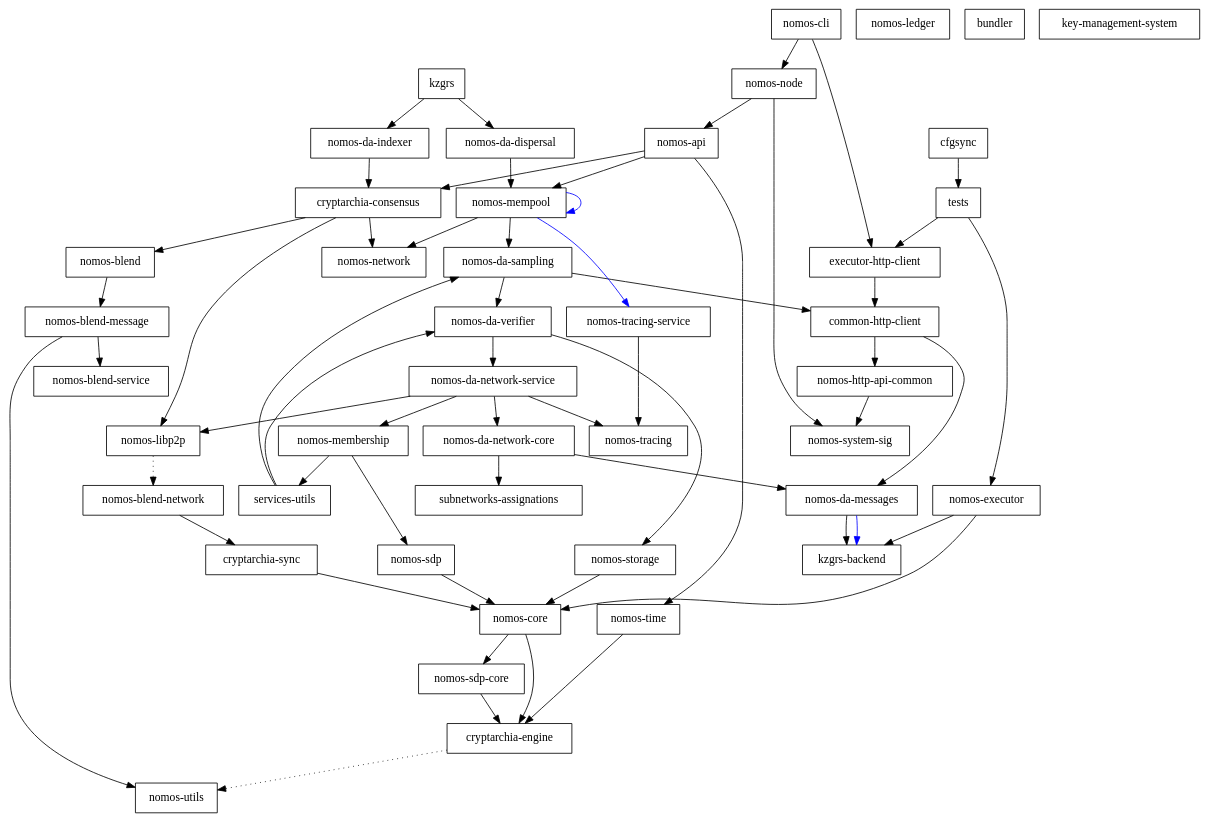
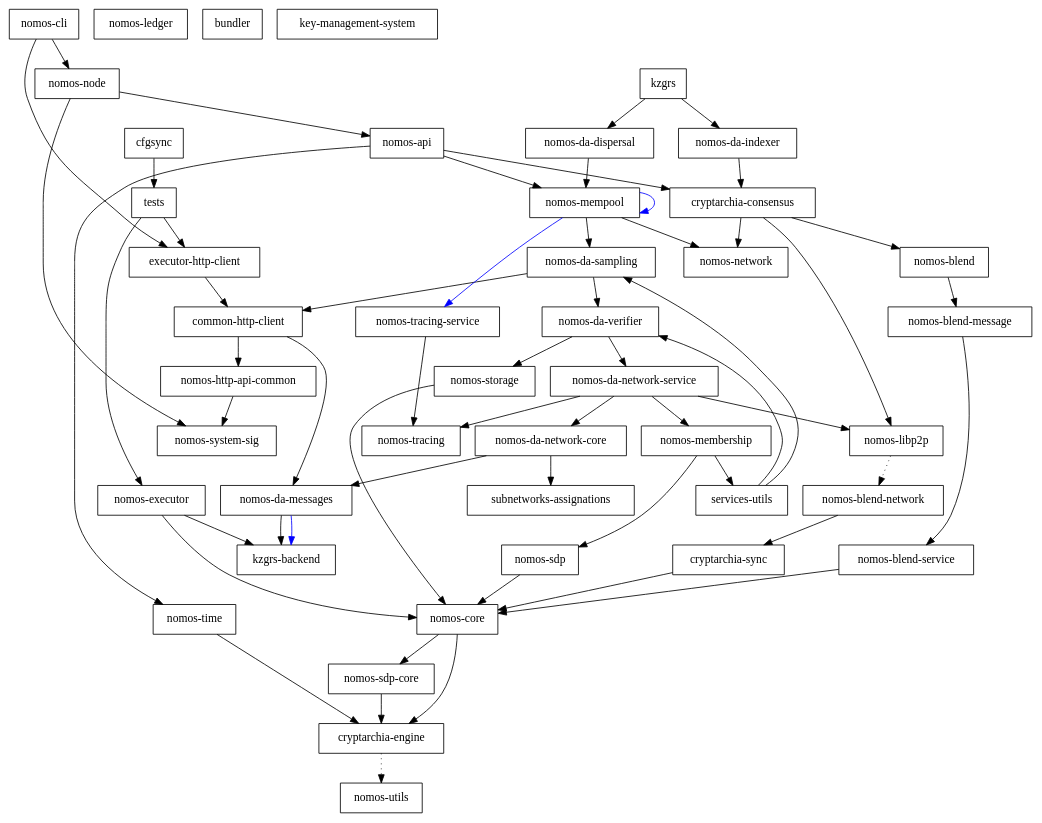
The diagram in dependencies_graph.dot (logos-co/nomos), drawn with Graphviz before and after one commit.

Commit message:
Update dep graph

```diff
--- a/dependencies_graph.dot
+++ b/dependencies_graph.dot
@@ -1,102 +1,102 @@
 digraph {
     0 [ label = "cryptarchia-engine" shape = box]
     1 [ label = "nomos-utils" shape = box]
     2 [ label = "cryptarchia-sync" shape = box]
     3 [ label = "nomos-core" shape = box]
     4 [ label = "nomos-sdp-core" shape = box]
     5 [ label = "nomos-ledger" shape = box]
     6 [ label = "nomos-http-api-common" shape = box]
     7 [ label = "nomos-executor" shape = box]
     8 [ label = "kzgrs-backend" shape = box]
     9 [ label = "kzgrs" shape = box]
     10 [ label = "nomos-api" shape = box]
     11 [ label = "cryptarchia-consensus" shape = box]
     12 [ label = "nomos-blend-service" shape = box]
     13 [ label = "nomos-blend" shape = box]
     14 [ label = "nomos-blend-message" shape = box]
     15 [ label = "nomos-blend-network" shape = box]
     16 [ label = "nomos-libp2p" shape = box]
     17 [ label = "nomos-network" shape = box]
     18 [ label = "services-utils" shape = box]
     19 [ label = "nomos-da-sampling" shape = box]
     20 [ label = "common-http-client" shape = box]
     21 [ label = "nomos-da-messages" shape = box]
     22 [ label = "nomos-da-network-core" shape = box]
     23 [ label = "subnetworks-assignations" shape = box]
     24 [ label = "nomos-da-network-service" shape = box]
     25 [ label = "nomos-membership" shape = box]
     26 [ label = "nomos-sdp" shape = box]
     27 [ label = "nomos-tracing" shape = box]
     28 [ label = "nomos-da-verifier" shape = box]
     29 [ label = "nomos-storage" shape = box]
     30 [ label = "nomos-mempool" shape = box]
     31 [ label = "nomos-tracing-service" shape = box]
     32 [ label = "nomos-time" shape = box]
     33 [ label = "nomos-da-dispersal" shape = box]
     34 [ label = "nomos-da-indexer" shape = box]
     35 [ label = "nomos-node" shape = box]
     36 [ label = "nomos-system-sig" shape = box]
     37 [ label = "executor-http-client" shape = box]
     38 [ label = "bundler" shape = box]
     39 [ label = "nomos-cli" shape = box]
     40 [ label = "key-management-system" shape = box]
     41 [ label = "cfgsync" shape = box]
     42 [ label = "tests" shape = box]
     0 -> 1 [ style = dotted]
     2 -> 3 [ ]
     3 -> 0 [ ]
     3 -> 4 [ ]
     4 -> 0 [ ]
     6 -> 36 [ ]
     7 -> 8 [ ]
     7 -> 3 [ ]
     9 -> 33 [ ]
     9 -> 34 [ ]
     10 -> 11 [ ]
     10 -> 30 [ ]
     10 -> 32 [ ]
     11 -> 13 [ ]
     11 -> 16 [ ]
     11 -> 17 [ ]
+    12 -> 3 [ ]
     13 -> 14 [ ]
     14 -> 12 [ ]
-    14 -> 1 [ ]
     15 -> 2 [ ]
     16 -> 15 [ style = dotted]
     18 -> 19 [ ]
     18 -> 28 [ ]
     19 -> 20 [ ]
     19 -> 28 [ ]
     20 -> 21 [ ]
     20 -> 6 [ ]
     21 -> 8 [ ]
     21 -> 8 [ color = blue]
     22 -> 21 [ ]
     22 -> 23 [ ]
     24 -> 22 [ ]
     24 -> 16 [ ]
     24 -> 25 [ ]
     24 -> 27 [ ]
     25 -> 26 [ ]
     25 -> 18 [ ]
     26 -> 3 [ ]
     28 -> 24 [ ]
     28 -> 29 [ ]
     29 -> 3 [ ]
     30 -> 19 [ ]
     30 -> 30 [ color = blue]
     30 -> 17 [ ]
     30 -> 31 [ color = blue]
     31 -> 27 [ ]
     32 -> 0 [ ]
     33 -> 30 [ ]
     34 -> 11 [ ]
     35 -> 10 [ ]
     35 -> 36 [ ]
     37 -> 20 [ ]
     39 -> 37 [ ]
     39 -> 35 [ ]
     41 -> 42 [ ]
     42 -> 37 [ ]
     42 -> 7 [ ]
 }
```
